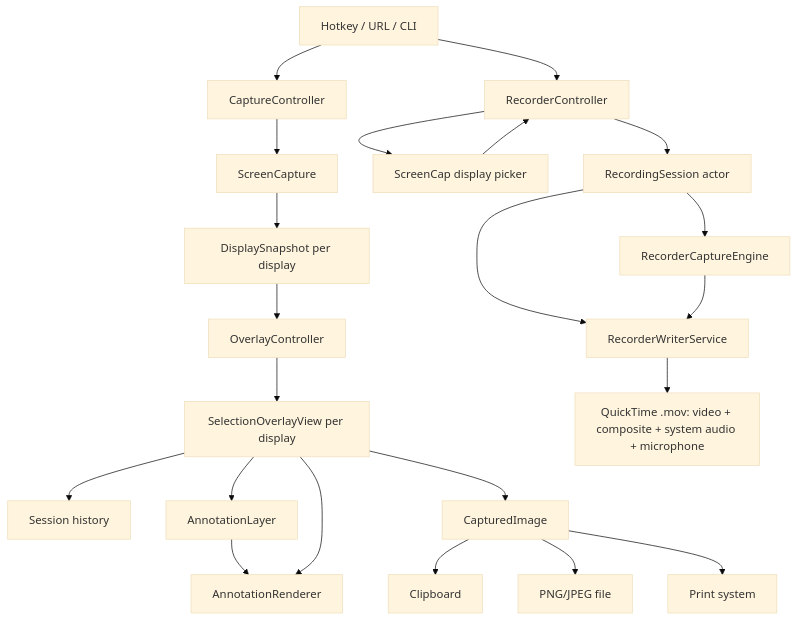
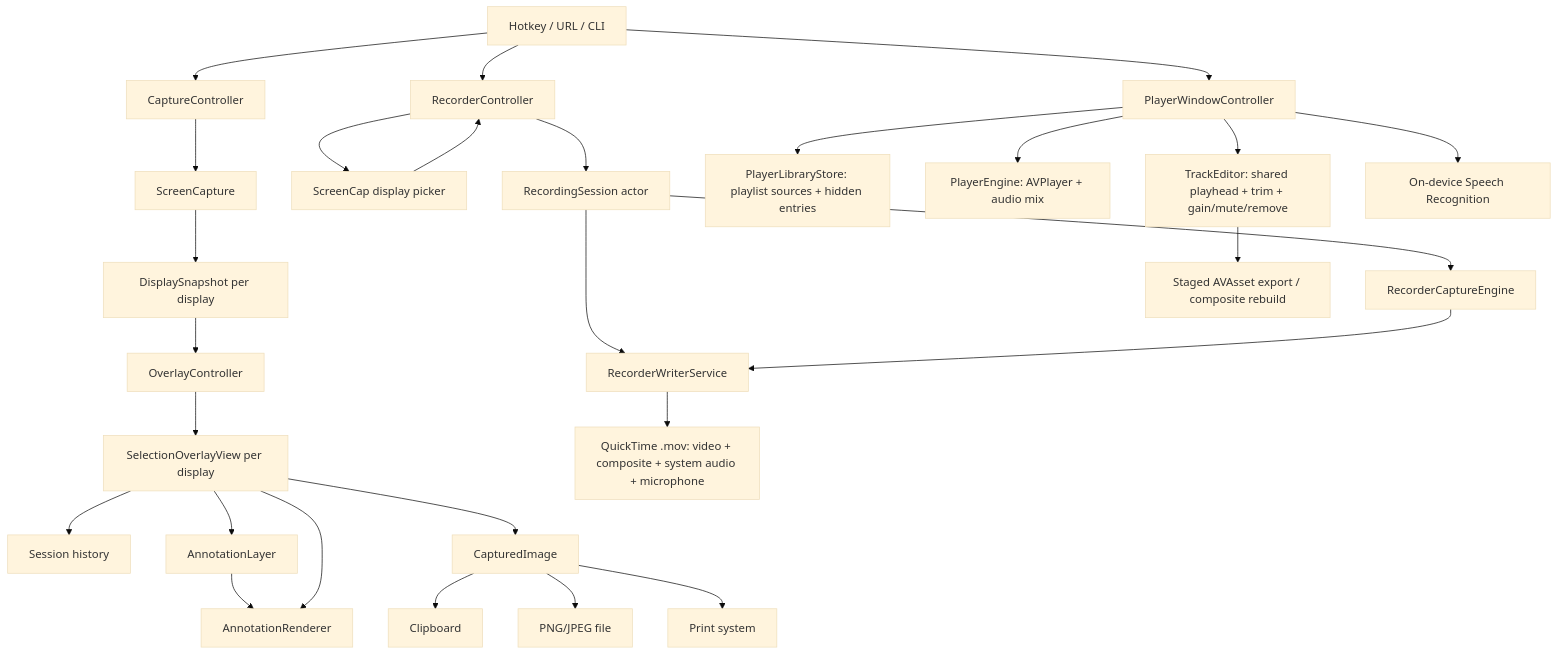
Before and after one commit to vertusdesign/ScreenCap: the first of 2 diagrams in ARCHITECTURE.md, drawn with Mermaid (base theme). The commit also changed other lines of this file and 22 other files, not shown here.

````diff
--- a/ARCHITECTURE.md
+++ b/ARCHITECTURE.md
@@ -65,24 +75,30 @@
 ```mermaid
 flowchart TD
     Entry[Hotkey / URL / CLI] --> Controller[CaptureController]
     Controller --> Capture[ScreenCapture]
     Capture --> Snapshots[DisplaySnapshot per display]
     Snapshots --> Overlay[OverlayController]
     Overlay --> View[SelectionOverlayView per display]
     View --> History[Session history]
     View --> Layer[AnnotationLayer]
     Layer --> Renderer[AnnotationRenderer]
     View --> Renderer
     View --> Output[CapturedImage]
     Output --> Clipboard[Clipboard]
     Output --> Disk[PNG/JPEG file]
     Output --> Print[Print system]
     Entry --> Recorder[RecorderController]
     Recorder --> Picker[ScreenCap display picker]
     Picker --> Recorder
     Recorder --> Session[RecordingSession actor]
     Session --> Stream[RecorderCaptureEngine]
     Session --> Writer[RecorderWriterService]
     Stream --> Writer
     Writer --> Movie[QuickTime .mov: video + composite + system audio + microphone]
+    Entry --> Player[PlayerWindowController]
+    Player --> Library[PlayerLibraryStore: playlist sources + hidden entries]
+    Player --> Engine[PlayerEngine: AVPlayer + audio mix]
+    Player --> Editor[TrackEditor: shared playhead + trim + gain/mute/remove]
+    Editor --> Export[Staged AVAsset export / composite rebuild]
+    Player --> Speech[On-device Speech Recognition]
 ```
````
